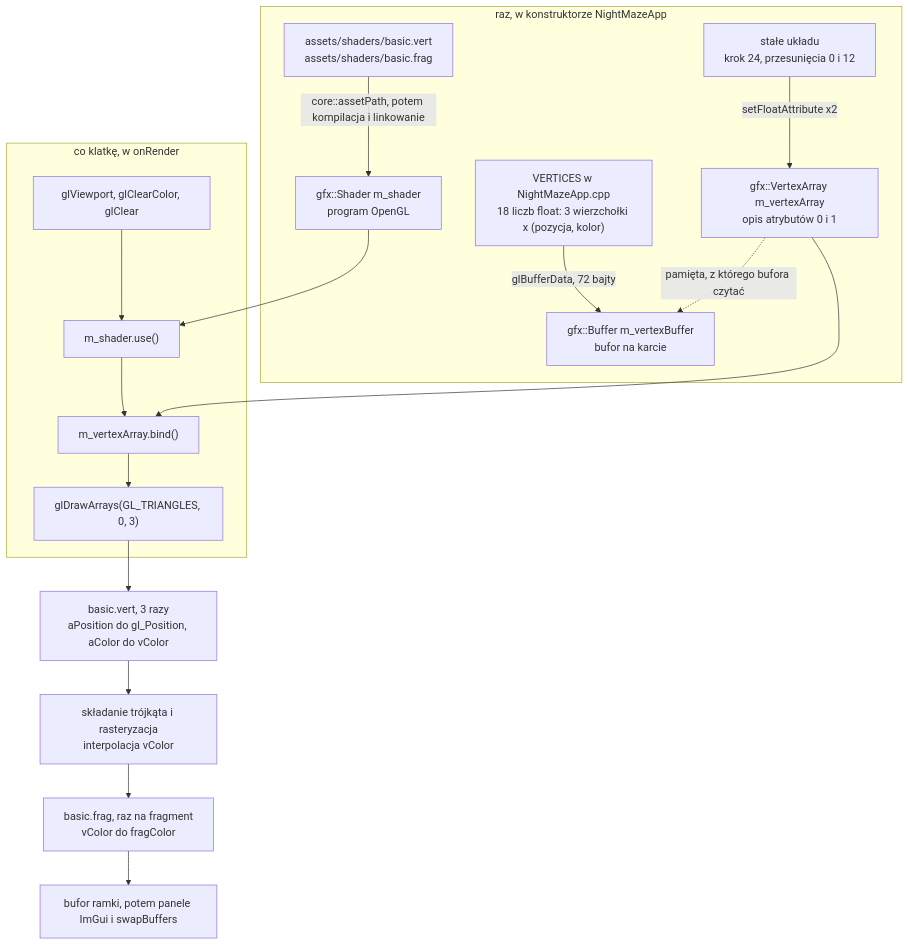
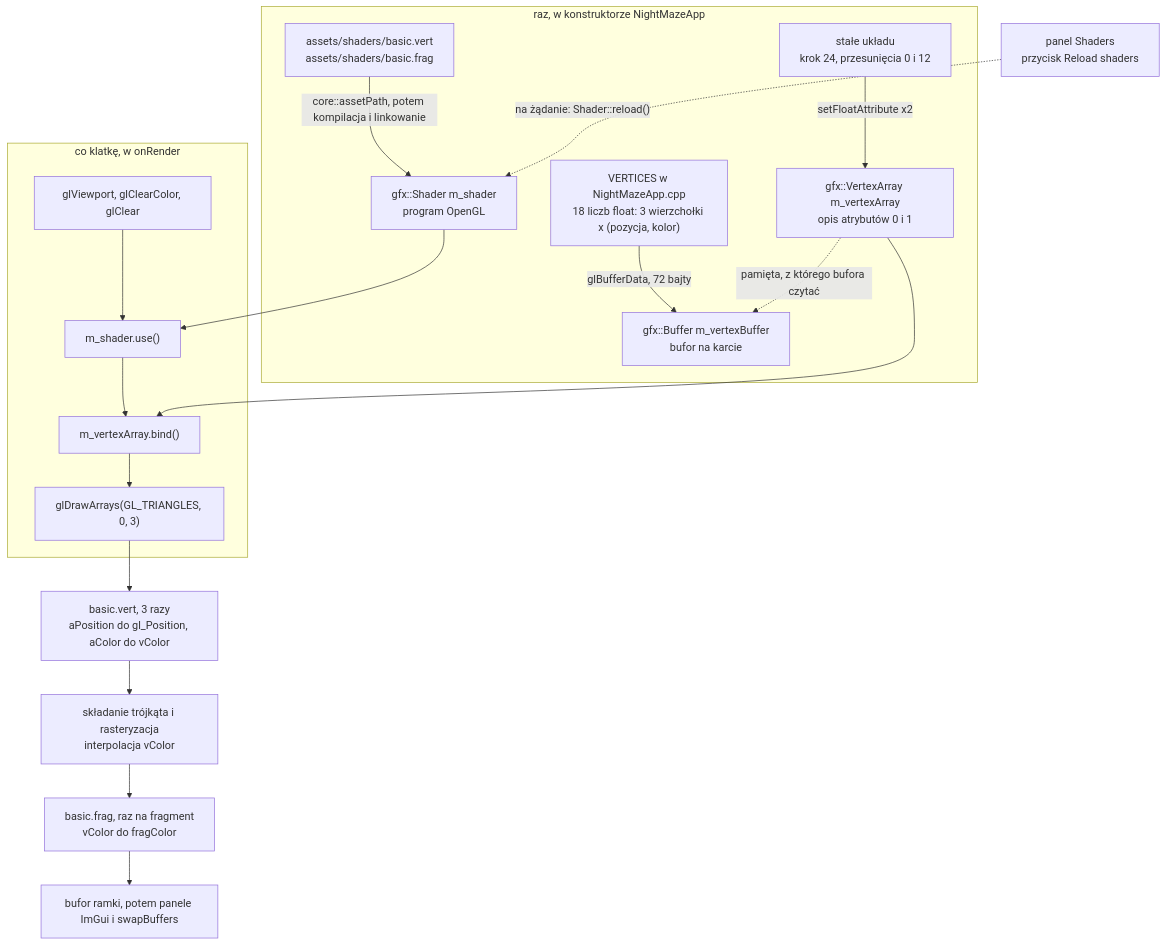
The fourth of 4 diagrams in docs/modules/gfx/README.md (Shironex/night-maze), drawn with Mermaid before and after one commit. The commit also changed other lines of this file and 22 other files, not shown here.

First line of the commit message:
feat(debug): add Shaders panel with reload button

````diff
--- a/docs/modules/gfx/README.md
+++ b/docs/modules/gfx/README.md
@@ -153,20 +155,21 @@
 ```mermaid
 flowchart TD
     subgraph Start["raz, w konstruktorze NightMazeApp"]
         Files["assets/shaders/basic.vert<br/>assets/shaders/basic.frag"] -->|"core::assetPath, potem kompilacja i linkowanie"| Shader["gfx::Shader m_shader<br/>program OpenGL"]
         Vertices["VERTICES w NightMazeApp.cpp<br/>18 liczb float: 3 wierzchołki x (pozycja, kolor)"] -->|"glBufferData, 72 bajty"| Buffer["gfx::Buffer m_vertexBuffer<br/>bufor na karcie"]
         Layout["stałe układu<br/>krok 24, przesunięcia 0 i 12"] -->|"setFloatAttribute x2"| Vao["gfx::VertexArray m_vertexArray<br/>opis atrybutów 0 i 1"]
         Vao -. "pamięta, z którego bufora czytać" .-> Buffer
     end
     subgraph Frame["co klatkę, w onRender"]
         Clear["glViewport, glClearColor, glClear"] --> Use["m_shader.use()"]
         Use --> Bind["m_vertexArray.bind()"]
         Bind --> Draw["glDrawArrays(GL_TRIANGLES, 0, 3)"]
     end
     Shader --> Use
     Vao --> Bind
     Draw --> VS["basic.vert, 3 razy<br/>aPosition do gl_Position, aColor do vColor"]
     VS --> Rast["składanie trójkąta i rasteryzacja<br/>interpolacja vColor"]
     Rast --> FS["basic.frag, raz na fragment<br/>vColor do fragColor"]
     FS --> FB["bufor ramki, potem panele ImGui i swapBuffers"]
+    Reload["panel Shaders<br/>przycisk Reload shaders"] -. "na żądanie: Shader::reload()" .-> Shader
 ```
````
